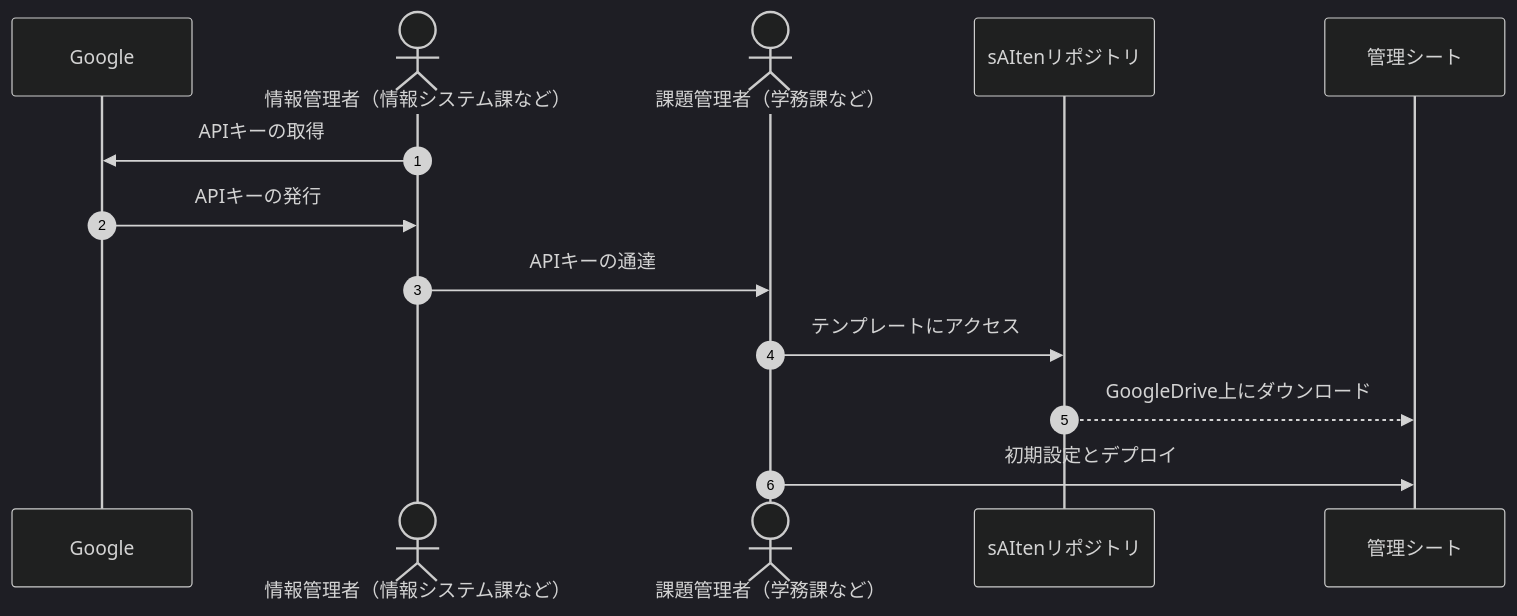
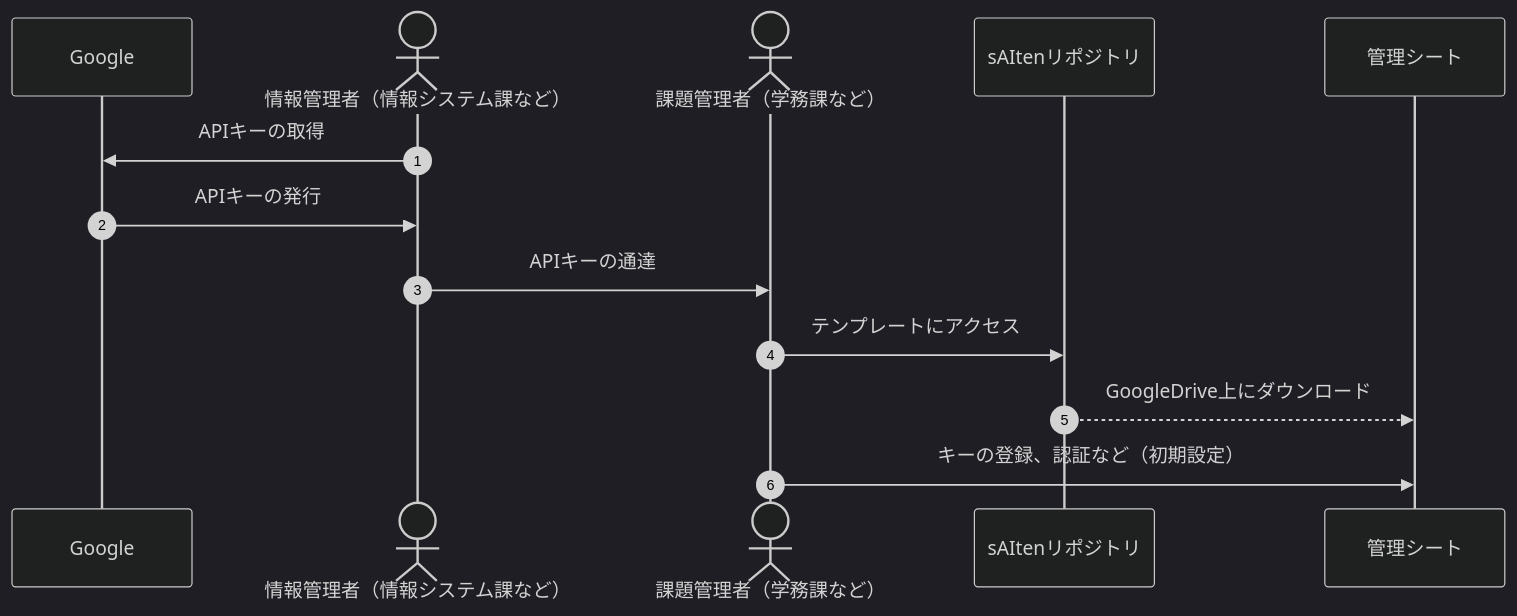
One commit to YujiSue/sAIten changed the second of 4 diagrams in README_JA.md. Above: the diagram before and after it, drawn with Mermaid (dark theme). The commit also changed other lines of this file, not shown here.

````diff
--- a/README_JA.md
+++ b/README_JA.md
@@ -52,17 +53,17 @@
 ```mermaid
 sequenceDiagram
     autonumber
     participant Google as Google
     actor Admin as 情報管理者（情報システム課など）
     actor Manager as 課題管理者（学務課など）
     participant Repo as sAItenリポジトリ
     participant Control as 管理シート
     
     Admin->>Google: APIキーの取得
     Google->>Admin: APIキーの発行
     Admin->>Manager: APIキーの通達
     Manager->>Repo: テンプレートにアクセス
     Repo-->>Control: GoogleDrive上にダウンロード
-    Manager->>Control: 初期設定とデプロイ
+    Manager->>Control: キーの登録、認証など（初期設定）
 
 ```
````
